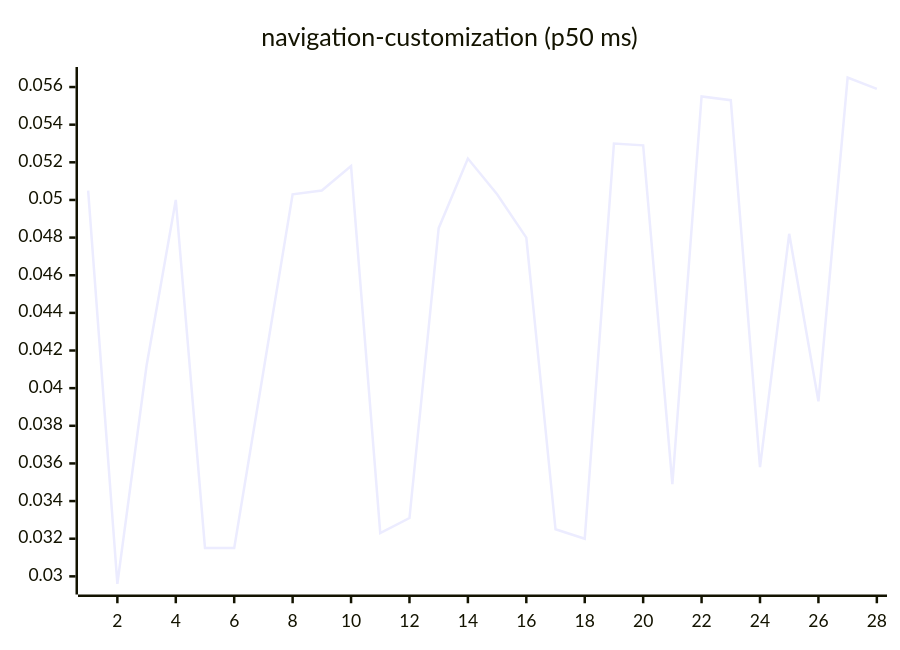
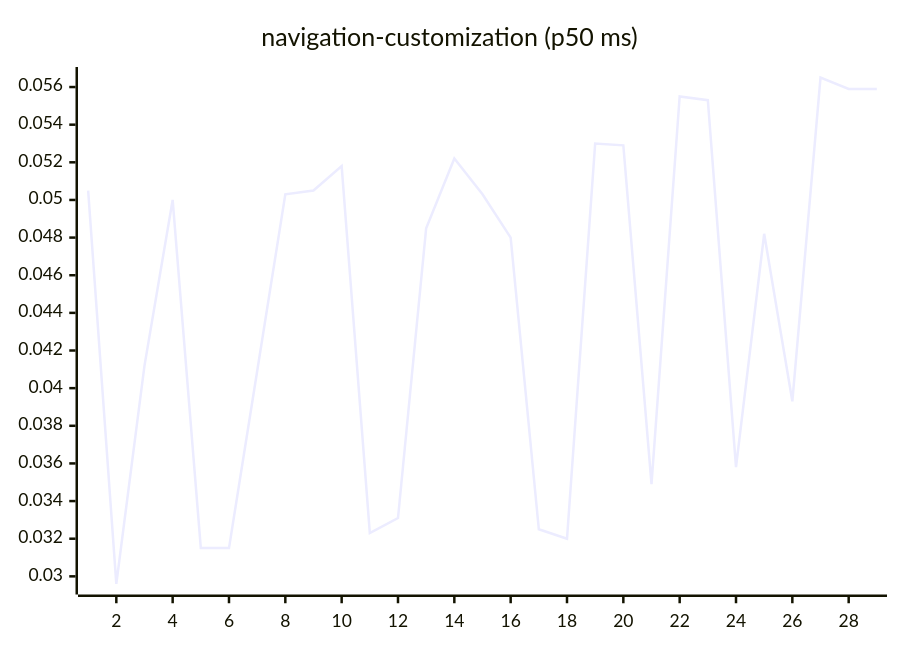
One commit to josha/Facet changed diagram 15 of 27 in README.md. Above: the diagram before and after it, drawn with Mermaid. The commit also changed other lines of this file and 2 other files, not shown here.

````diff
--- a/README.md
+++ b/README.md
@@ -161,6 +161,6 @@
 ```mermaid
 xychart-beta
     title "navigation-customization (p50 ms)"
-    x-axis 1 --> 28
-    line [0.0505, 0.0296, 0.0412, 0.0500, 0.0315, 0.0315, 0.0409, 0.0503, 0.0505, 0.0518, 0.0323, 0.0331, 0.0485, 0.0522, 0.0503, 0.0480, 0.0325, 0.0320, 0.0530, 0.0529, 0.0349, 0.0555, 0.0553, 0.0358, 0.0482, 0.0393, 0.0565, 0.0559]
+    x-axis 1 --> 29
+    line [0.0505, 0.0296, 0.0412, 0.0500, 0.0315, 0.0315, 0.0409, 0.0503, 0.0505, 0.0518, 0.0323, 0.0331, 0.0485, 0.0522, 0.0503, 0.0480, 0.0325, 0.0320, 0.0530, 0.0529, 0.0349, 0.0555, 0.0553, 0.0358, 0.0482, 0.0393, 0.0565, 0.0559, 0.0559]
 ```
````
